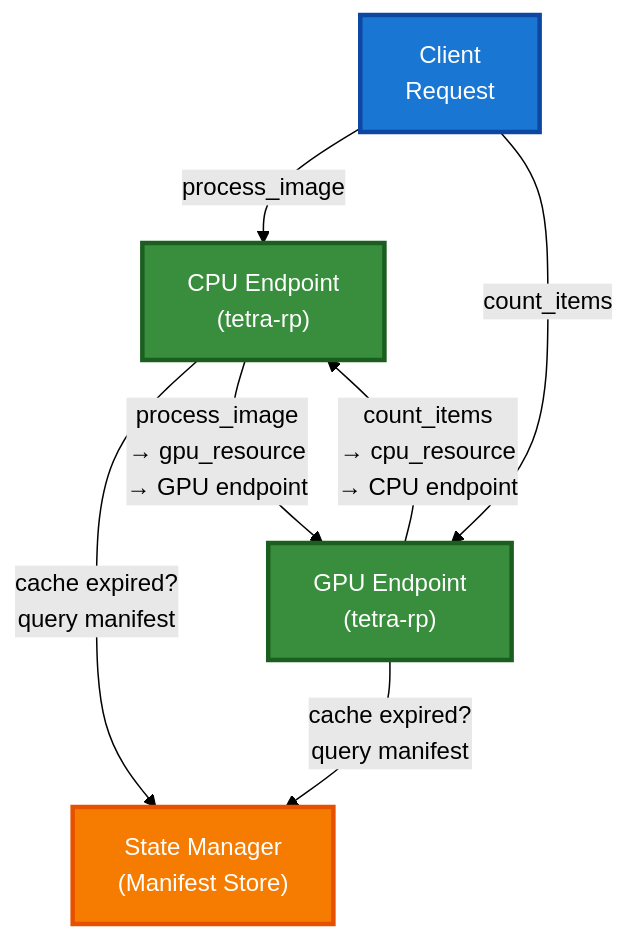
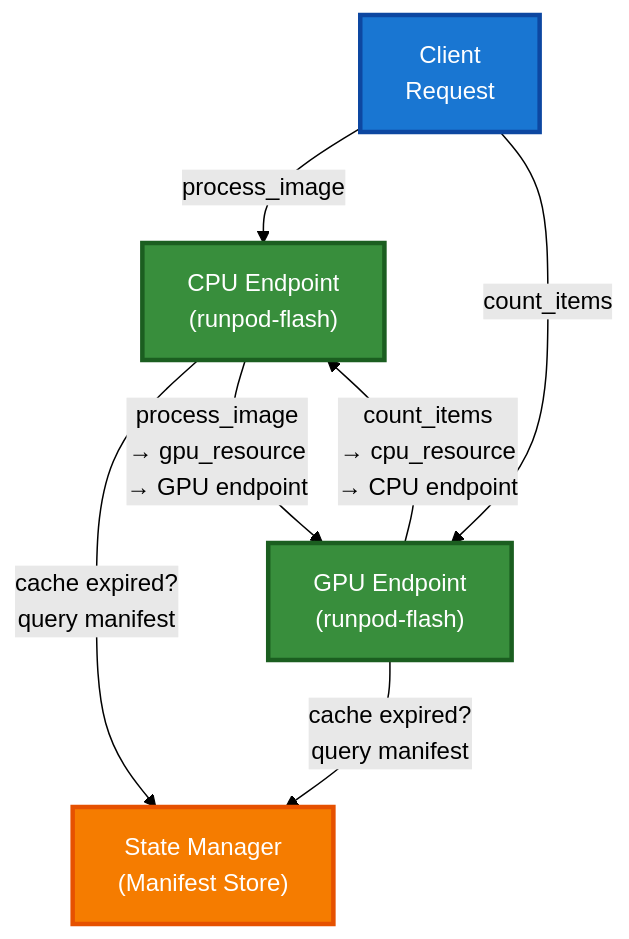
One commit to runpod-workers/worker-tetra changed the first of 4 diagrams in docs/Manifest_Reconciliation.md. Above: the diagram before and after it, drawn with Mermaid (forest theme). The commit also changed other lines of this file and 44 other files, not shown here.

First line of the commit message:
refactor!: rename tetra to flash (#59)

````diff
--- a/docs/Manifest_Reconciliation.md
+++ b/docs/Manifest_Reconciliation.md
@@ -17,23 +17,23 @@
 ```mermaid
 graph TB
     Client["Client<br/>Request"]
 
-    CPU["CPU Endpoint<br/>(tetra-rp)"]
-    GPU["GPU Endpoint<br/>(tetra-rp)"]
+    CPU["CPU Endpoint<br/>(runpod-flash)"]
+    GPU["GPU Endpoint<br/>(runpod-flash)"]
 
     SM["State Manager<br/>(Manifest Store)"]
 
     Client -->|process_image| CPU
     Client -->|count_items| GPU
 
     CPU -->|cache expired?<br/>query manifest| SM
     GPU -->|cache expired?<br/>query manifest| SM
 
     CPU -->|"process_image<br/>→ gpu_resource<br/>→ GPU endpoint"| GPU
     GPU -->|"count_items<br/>→ cpu_resource<br/>→ CPU endpoint"| CPU
 
     style Client fill:#1976d2,stroke:#0d47a1,stroke-width:3px,color:#fff
     style CPU fill:#388e3c,stroke:#1b5e20,stroke-width:3px,color:#fff
     style GPU fill:#388e3c,stroke:#1b5e20,stroke-width:3px,color:#fff
     style SM fill:#f57c00,stroke:#e65100,stroke-width:3px,color:#fff
 ```
````
